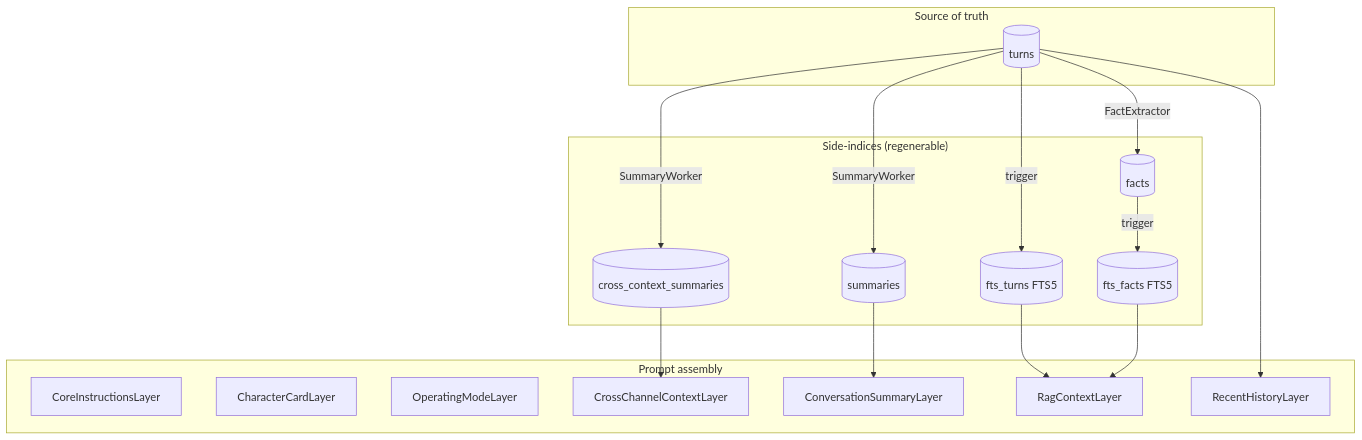
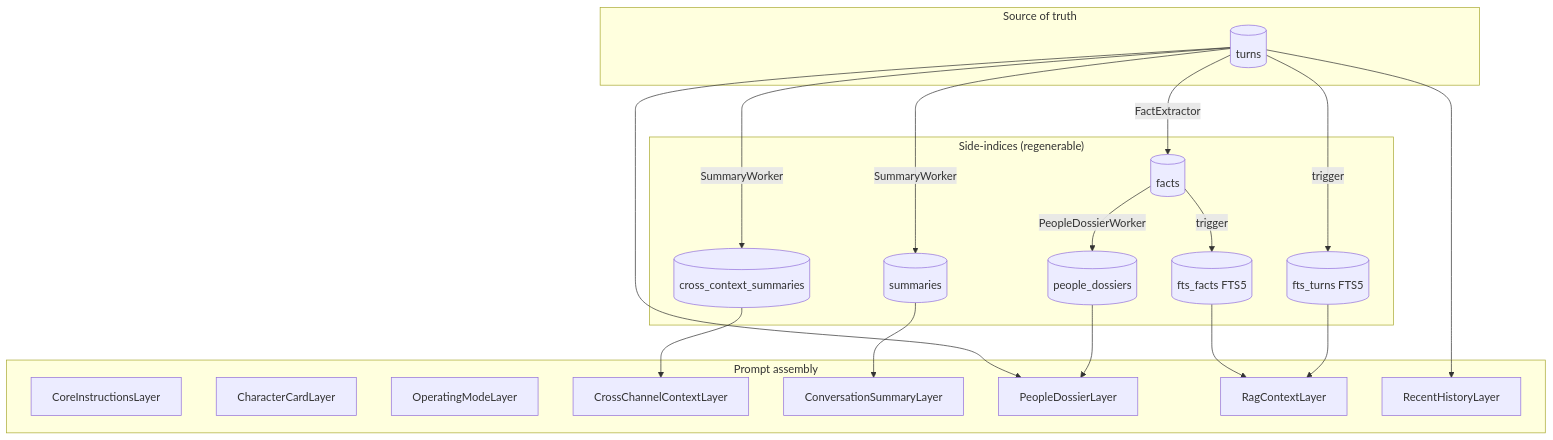
The diagram in docs/architecture/context-pipeline.md (CorVous/Familiar-Connect), drawn with Mermaid before and after one commit. The commit also changed other lines of this file and 9 other files, not shown here.

First line of the commit message:
feat: per-person dossier layer + watermarked dossier worker

````diff
--- a/docs/architecture/context-pipeline.md
+++ b/docs/architecture/context-pipeline.md
@@ -14,36 +14,41 @@
 ```mermaid
 flowchart TB
     subgraph SoT["Source of truth"]
         turns[(turns)]
     end
 
     subgraph Indices["Side-indices (regenerable)"]
         summaries[(summaries)]
         cross[(cross_context_summaries)]
         fts[(fts_turns FTS5)]
         facts[(facts)]
         fts_facts[(fts_facts FTS5)]
+        dossiers[(people_dossiers)]
     end
 
     turns -->|trigger| fts
     turns -->|SummaryWorker| summaries
     turns -->|SummaryWorker| cross
     turns -->|FactExtractor| facts
     facts -->|trigger| fts_facts
+    facts -->|PeopleDossierWorker| dossiers
 
     subgraph Assembler[Prompt assembly]
         core[CoreInstructionsLayer]
         card[CharacterCardLayer]
         mode[OperatingModeLayer]
         xc[CrossChannelContextLayer]
         sum[ConversationSummaryLayer]
+        ppl[PeopleDossierLayer]
         rag[RagContextLayer]
         hist[RecentHistoryLayer]
     end
 
     cross --> xc
     summaries --> sum
+    dossiers --> ppl
     fts --> rag
     fts_facts --> rag
     turns --> hist
+    turns --> ppl
 ```
````
